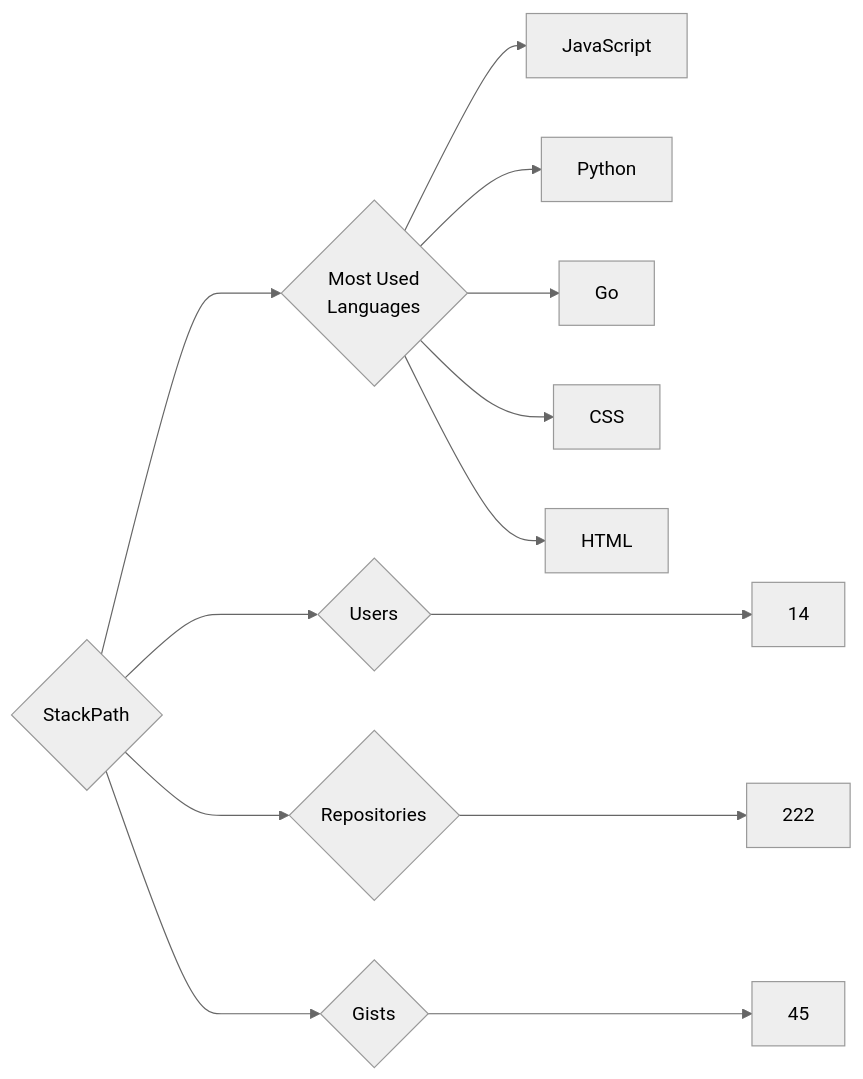
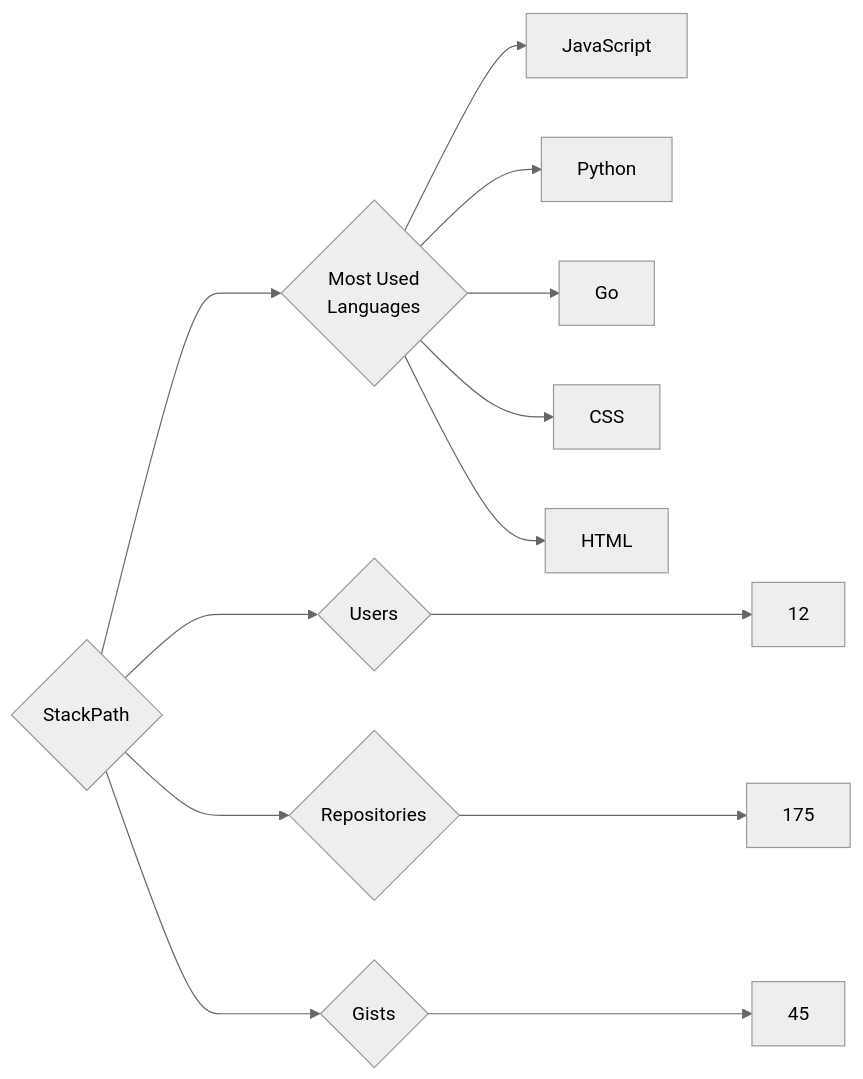
The diagram in targets/StackPath/README.md (trickest/insiders), drawn with Mermaid (neutral theme) before and after one commit. The commit also changed 725 other files, not shown here.

````diff
--- a/targets/StackPath/README.md
+++ b/targets/StackPath/README.md
@@ -3,13 +3,13 @@
 ```mermaid
 graph LR
 COMPANY_NAME{StackPath}
-COMPANY_NAME ---> U{Users} ---> UN[14]
-COMPANY_NAME ---> R{Repositories} ---> RN[222]
+COMPANY_NAME ---> U{Users} ---> UN[12]
+COMPANY_NAME ---> R{Repositories} ---> RN[175]
 COMPANY_NAME ---> G{Gists} ---> GN[45]
 COMPANY_NAME ---> ML{Most Used<br>Languages}
 ML --> JavaScript[JavaScript]
 ML --> Python[Python]
 ML --> Go[Go]
 ML --> CSS[CSS]
 ML --> HTML[HTML]
 ```
````
